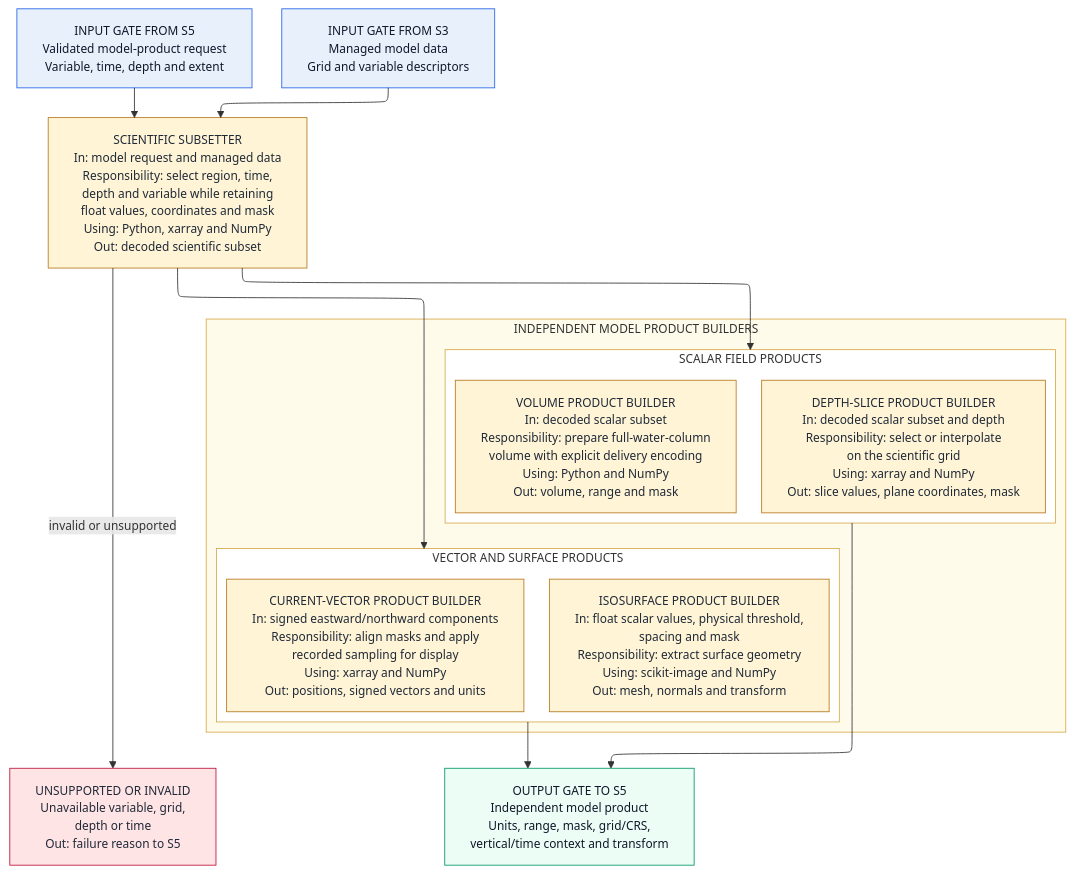
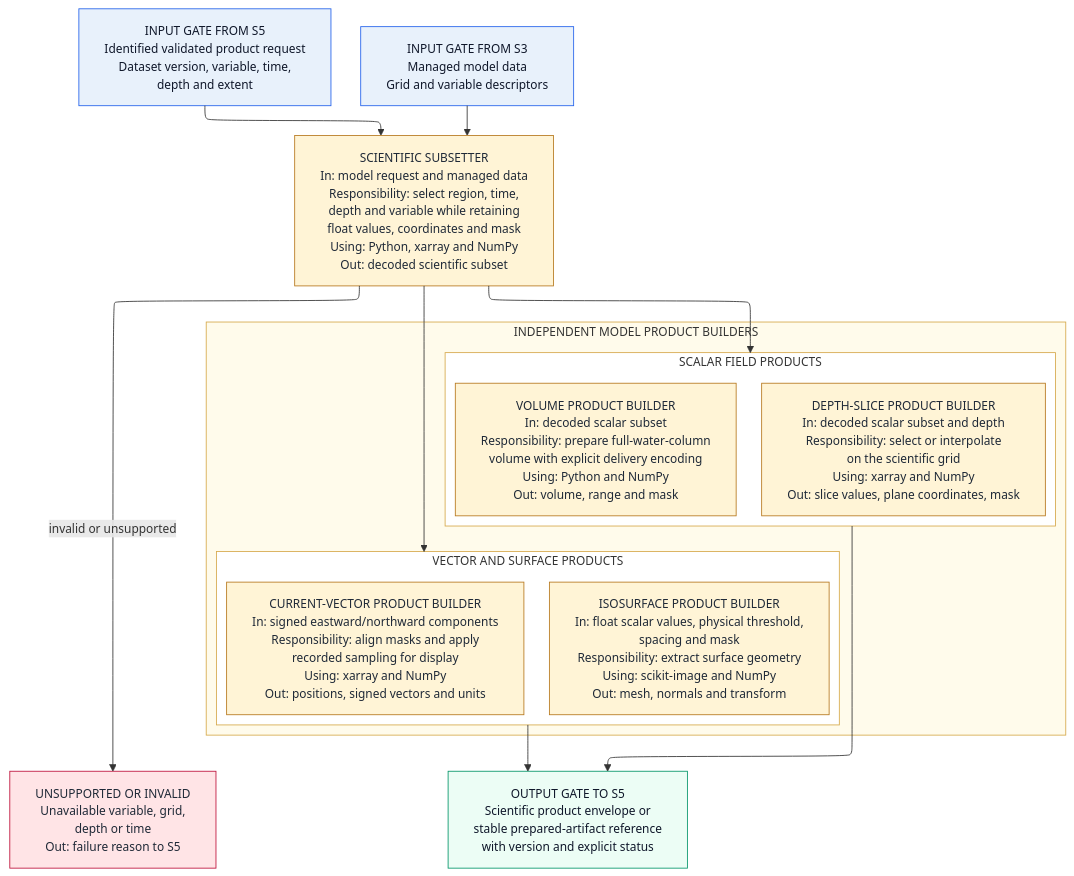
Before and after one commit to CSubham/incois-3d-ocean-visualization: the fifth of 10 diagrams in docs/architecture/LLD_INCOIS_3D_Ocean_Data_Visualization_System.md, drawn with Mermaid. The commit also changed other lines of this file and 2 other files, not shown here.

````diff
--- a/docs/architecture/LLD_INCOIS_3D_Ocean_Data_Visualization_System.md
+++ b/docs/architecture/LLD_INCOIS_3D_Ocean_Data_Visualization_System.md
@@ -146,39 +190,39 @@
 ```mermaid
 %%{init: {"layout": "elk", "flowchart": {"wrappingWidth": 300, "rankSpacing": 35, "nodeSpacing": 20}, "themeVariables": {"fontSize": "14px"}}}%%
 flowchart TB
-    REQ["INPUT GATE FROM S5<br/>Validated model-product request<br/>Variable, time, depth and extent"]:::gate
+    REQ["INPUT GATE FROM S5<br/>Identified validated product request<br/>Dataset version, variable, time,<br/>depth and extent"]:::gate
     DATA["INPUT GATE FROM S3<br/>Managed model data<br/>Grid and variable descriptors"]:::gate
     M1["SCIENTIFIC SUBSETTER<br/>In: model request and managed data<br/>Responsibility: select region, time,<br/>depth and variable while retaining<br/>float values, coordinates and mask<br/>Using: Python, xarray and NumPy<br/>Out: decoded scientific subset"]:::mod
     subgraph PRODUCTS["INDEPENDENT MODEL PRODUCT BUILDERS"]
         direction TB
         subgraph SCALAR["SCALAR FIELD PRODUCTS"]
             direction LR
             M2["VOLUME PRODUCT BUILDER<br/>In: decoded scalar subset<br/>Responsibility: prepare full-water-column<br/>volume with explicit delivery encoding<br/>Using: Python and NumPy<br/>Out: volume, range and mask"]:::mod
             M3["DEPTH-SLICE PRODUCT BUILDER<br/>In: decoded scalar subset and depth<br/>Responsibility: select or interpolate<br/>on the scientific grid<br/>Using: xarray and NumPy<br/>Out: slice values, plane coordinates, mask"]:::mod
         end
         subgraph GEOMETRY["VECTOR AND SURFACE PRODUCTS"]
             direction LR
             M4["CURRENT-VECTOR PRODUCT BUILDER<br/>In: signed eastward/northward components<br/>Responsibility: align masks and apply<br/>recorded sampling for display<br/>Using: xarray and NumPy<br/>Out: positions, signed vectors and units"]:::mod
             M5["ISOSURFACE PRODUCT BUILDER<br/>In: float scalar values, physical threshold,<br/>spacing and mask<br/>Responsibility: extract surface geometry<br/>Using: scikit-image and NumPy<br/>Out: mesh, normals and transform"]:::mod
         end
         SCALAR ~~~ GEOMETRY
     end
     F["UNSUPPORTED OR INVALID<br/>Unavailable variable, grid,<br/>depth or time<br/>Out: failure reason to S5"]:::fail
-    OUT["OUTPUT GATE TO S5<br/>Independent model product<br/>Units, range, mask, grid/CRS,<br/>vertical/time context and transform"]:::out
+    OUT["OUTPUT GATE TO S5<br/>Scientific product envelope or<br/>stable prepared-artifact reference<br/>with version and explicit status"]:::out
 
     REQ --> M1
     DATA --> M1
     M1 --> SCALAR
     M1 --> GEOMETRY
     M1 -- "invalid or unsupported" --> F
     SCALAR --> OUT
     GEOMETRY --> OUT
 
     classDef gate fill:#E8F1FB,stroke:#2563EB,color:#0F172A;
     classDef mod fill:#FFF4D6,stroke:#B7791F,color:#1F2937;
     classDef out fill:#ECFDF5,stroke:#059669,color:#0F172A;
     classDef fail fill:#FFE4E6,stroke:#BE123C,color:#1F2937;
     style PRODUCTS fill:#FFFBEB,stroke:#D6A94C,stroke-width:1px
     style SCALAR fill:#FFFFFF,stroke:#D6A94C,stroke-width:1px
     style GEOMETRY fill:#FFFFFF,stroke:#D6A94C,stroke-width:1px
 ```
````
